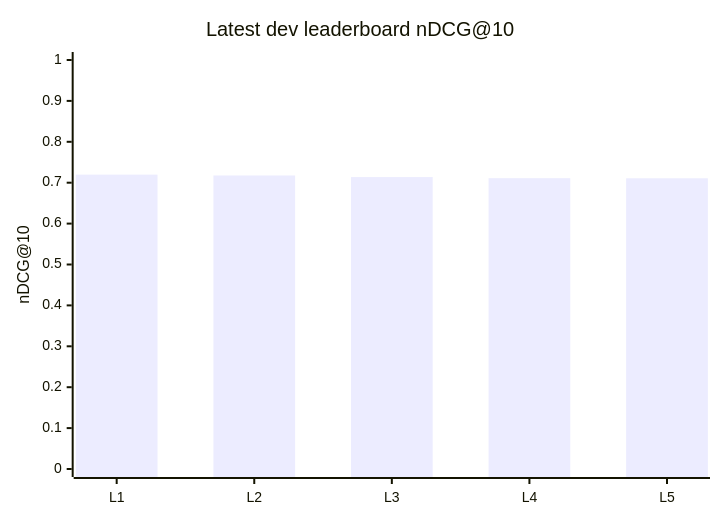
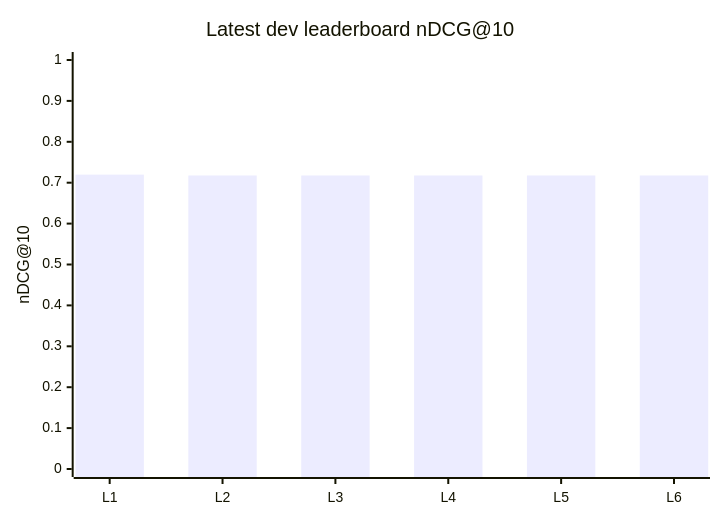
Before and after one commit to sidagarwal-labs/arxiv-search: the second of 2 diagrams in docs/06-charts.md, drawn with Mermaid. The commit also changed other lines of this file and 169 other files, not shown here.

````diff
--- a/docs/06-charts.md
+++ b/docs/06-charts.md
@@ -35,7 +35,7 @@
 ```mermaid
 xychart-beta
     title "Latest dev leaderboard nDCG@10"
-    x-axis [L1, L2, L3, L4, L5]
+    x-axis [L1, L2, L3, L4, L5, L6]
     y-axis "nDCG@10" 0 --> 1
-    bar [0.7197, 0.7176, 0.7138, 0.7111, 0.7108]
+    bar [0.7197, 0.7176, 0.7176, 0.7176, 0.7176, 0.7176]
 ```
````
